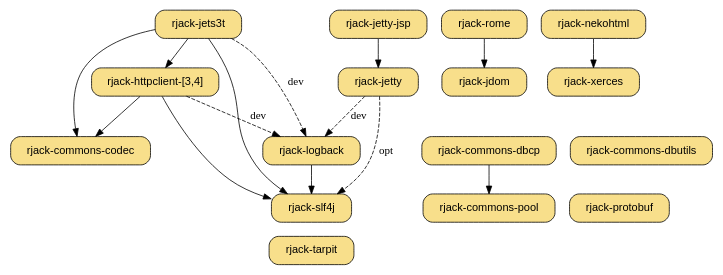
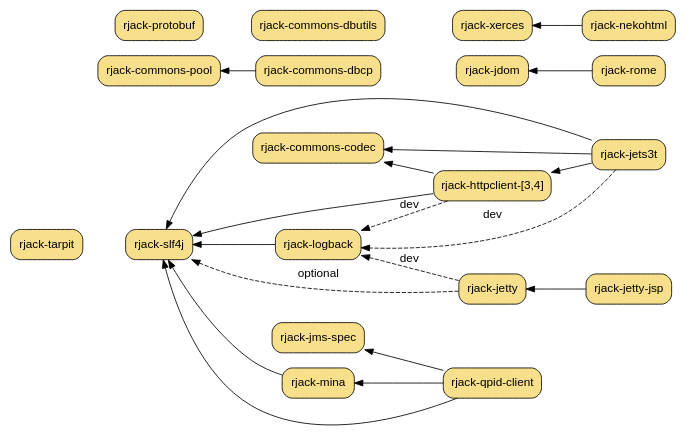
One commit to dekellum/rjack changed the diagram in www/rjack.dot. Above: the diagram before and after it, drawn with Graphviz. The commit also changed 1 other file, not shown here.

Commit message:
www: Add new gems qpid-client, mina, jms-spec as distributed group; reorg diagram

```diff
--- a/www/rjack.dot
+++ b/www/rjack.dot
@@ -1,70 +1,81 @@
 digraph "RJack Gem Dependency Graph" {
   bgcolor="transparent";
-  rankdir=TB;
-  size="7.4,10";
+  rankdir=RL;
+  size="7.0,8.0";
   node [ shape=box, style="filled,rounded", fillcolor="#f8df8b",
-         fontname="Arial", margin="0.30,0.1" ];
+         fontname="Arial", margin="0.15,0.1" ];
+  edge [ fontname="Arial" ];
 
   "rjack-jets3t" -> "rjack-httpclient";
   "rjack-jets3t" -> "rjack-commons-codec";
   "rjack-jets3t" -> "rjack-slf4j";
   "rjack-jets3t" -> "rjack-logback" [ style=dashed, label="dev" ];
 
   subgraph u {
     rank=same
     "rjack-rome"   [ target=_parent, URL="rome/" ];
     "rjack-jets3t" [ target=_parent, URL="jets3t/" ];
     "rjack-nekohtml" [ target=_parent, URL="nekohtml/" ];
   }
 
   subgraph l {
     rank=same
     "rjack-jdom"     [ target=_parent, URL="jdom/" ];
     "rjack-xerces"   [ target=_parent, URL="xerces/" ];
   }
 
   "rjack-rome" -> "rjack-jdom"
 
   "rjack-nekohtml" -> "rjack-xerces"
 
   "rjack-httpclient" [ target=_parent, URL="httpclient-3/",
                        shape=record, label="rjack-httpclient-[3,4]" ];
 
   "rjack-httpclient" -> "rjack-commons-codec";
   "rjack-httpclient" -> "rjack-logback" [ style=dashed, label="dev" ];
   "rjack-httpclient" -> "rjack-slf4j";
 
   "rjack-jetty"     [ target=_parent, URL="jetty/" ];
   "rjack-jetty-jsp" [ target=_parent, URL="jetty-jsp/" ];
   "rjack-jetty-jsp" -> "rjack-jetty";
 
   "rjack-jetty" -> "rjack-logback" [ style=dashed, label="dev" ];
-  "rjack-jetty" -> "rjack-slf4j"   [ style=dashed, label="opt" ];
+  "rjack-jetty" -> "rjack-slf4j"   [ style=dashed, label="optional" ];
 
   "rjack-slf4j"   [ target=_parent, URL="slf4j/", group=log ];
   "rjack-logback" [ target=_parent, URL="logback/", group=log ];
 
   "rjack-logback" -> "rjack-slf4j";
 
-  "rjack-commons-codec"   [ target=_parent, URL="commons-codec/", group=commons ];
+  "rjack-commons-codec" [ target=_parent, URL="commons-codec/", group=commons ];
+
+  "rjack-jms-spec"    [ target=_parent, URL="jms-spec/", group=net ];
+  "rjack-mina"        [ target=_parent, URL="mina/", group=net ];
+  "rjack-qpid-client" [ target=_parent, URL="qpid-client/", group=net ];
+
+  "rjack-mina" -> "rjack-slf4j";
+
+  "rjack-qpid-client" -> "rjack-mina";
+  "rjack-qpid-client" -> "rjack-jms-spec";
+  "rjack-qpid-client" -> "rjack-slf4j";
 
   subgraph d {
     rank=same
     "rjack-commons-dbcp"    [ target=_parent, URL="commons-dbcp/", group=commons ];
     "rjack-commons-dbutils" [ target=_parent, URL="commons-dbutils/", group=commons ];
   }
 
   subgraph e {
     rank=same
     "rjack-commons-pool"    [ target=_parent, URL="commons-pool/", group=commons ];
     "rjack-protobuf"        [ target=_parent, URL="protobuf/" ];
   }
 
   "rjack-commons-dbcp" -> "rjack-commons-pool";
 
   subgraph t {
     rank=sink
-    "rjack-tarpit" [ target=_parent, URL="tarpit/" ];
+    "rjack-tarpit"          [ target=_parent, URL="tarpit/" ];
   }
 
 }
```
